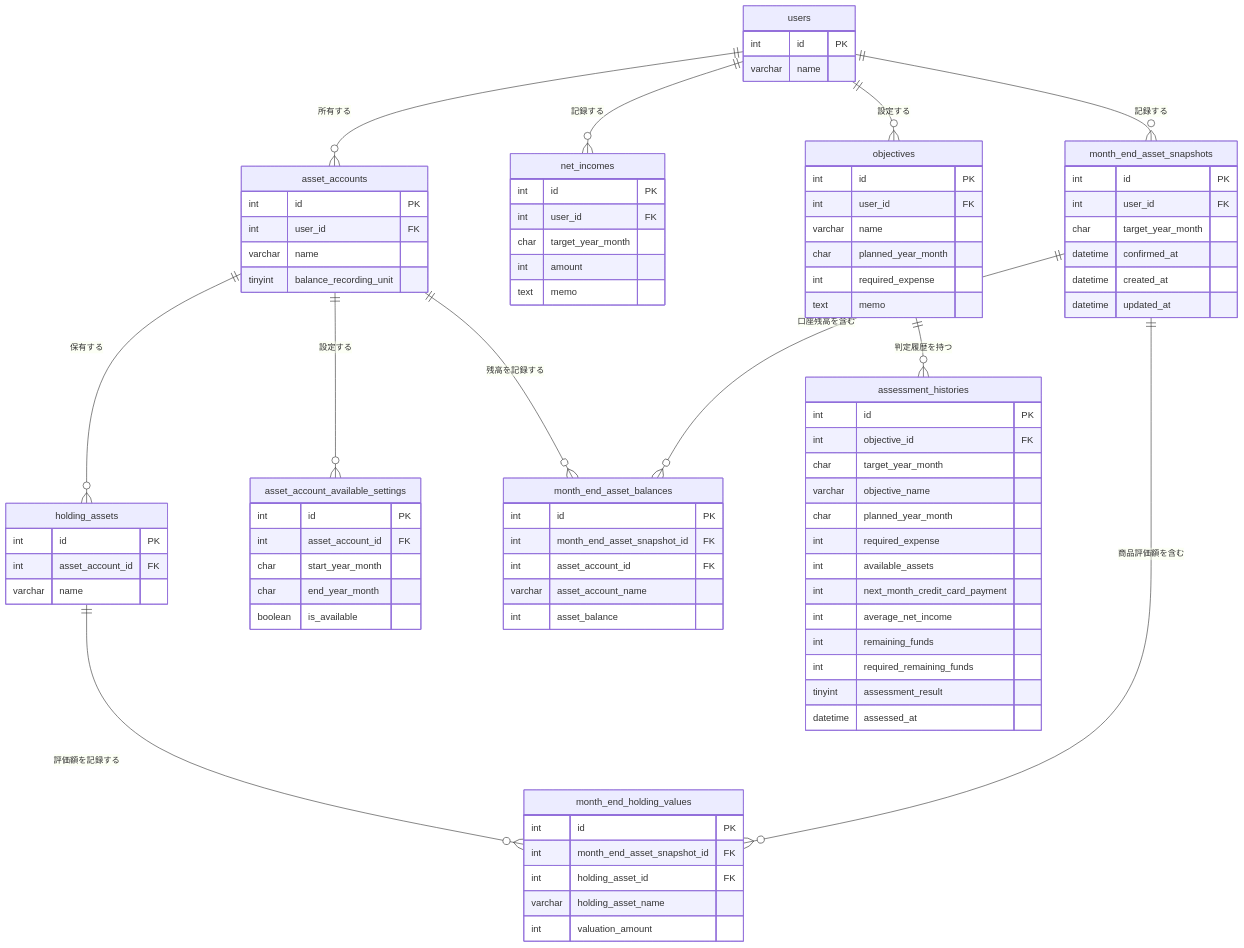
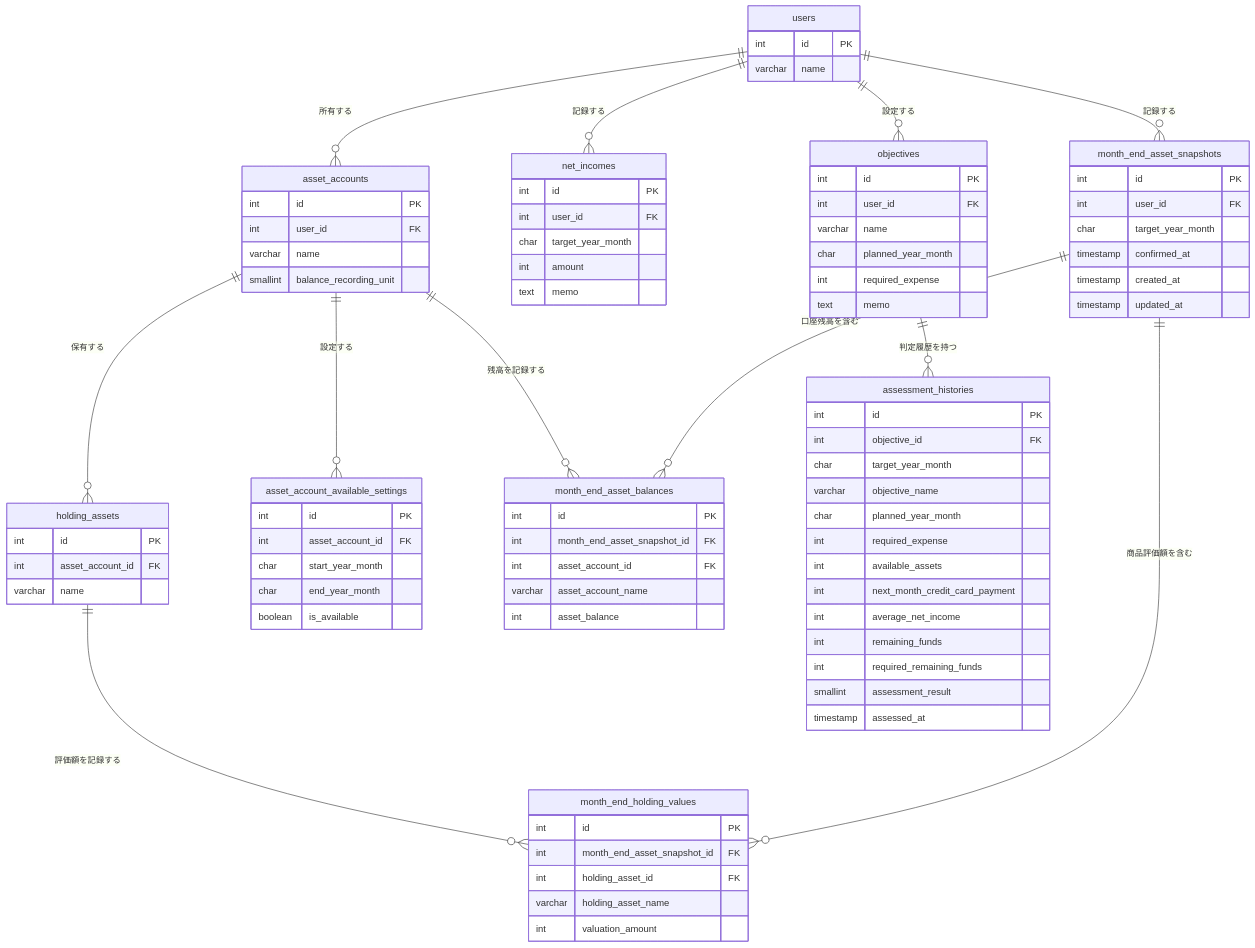
The diagram in docs/database/er-diagram-phase1.md (engineertoshio0612-create/life-planner), drawn with Mermaid before and after one commit.

Commit message:
docs(db): ER図をMySQLからPostgreSQLの形式で修正

```diff
--- a/docs/database/er-diagram-phase1.md
+++ b/docs/database/er-diagram-phase1.md
@@ -25,7 +25,7 @@
         int id PK
         int user_id FK
         varchar name
-        tinyint balance_recording_unit
+        smallint balance_recording_unit
     }
 
     net_incomes {
@@ -57,8 +57,8 @@
         int average_net_income
         int remaining_funds
         int required_remaining_funds
-        tinyint assessment_result
-        datetime assessed_at
+        smallint assessment_result
+        timestamp assessed_at
     }
 
     holding_assets {
@@ -79,9 +79,9 @@
         int id PK
         int user_id FK
         char target_year_month
-        datetime confirmed_at
-        datetime created_at
-        datetime updated_at
+        timestamp confirmed_at
+        timestamp created_at
+        timestamp updated_at
     }
 
     month_end_asset_balances {
```
